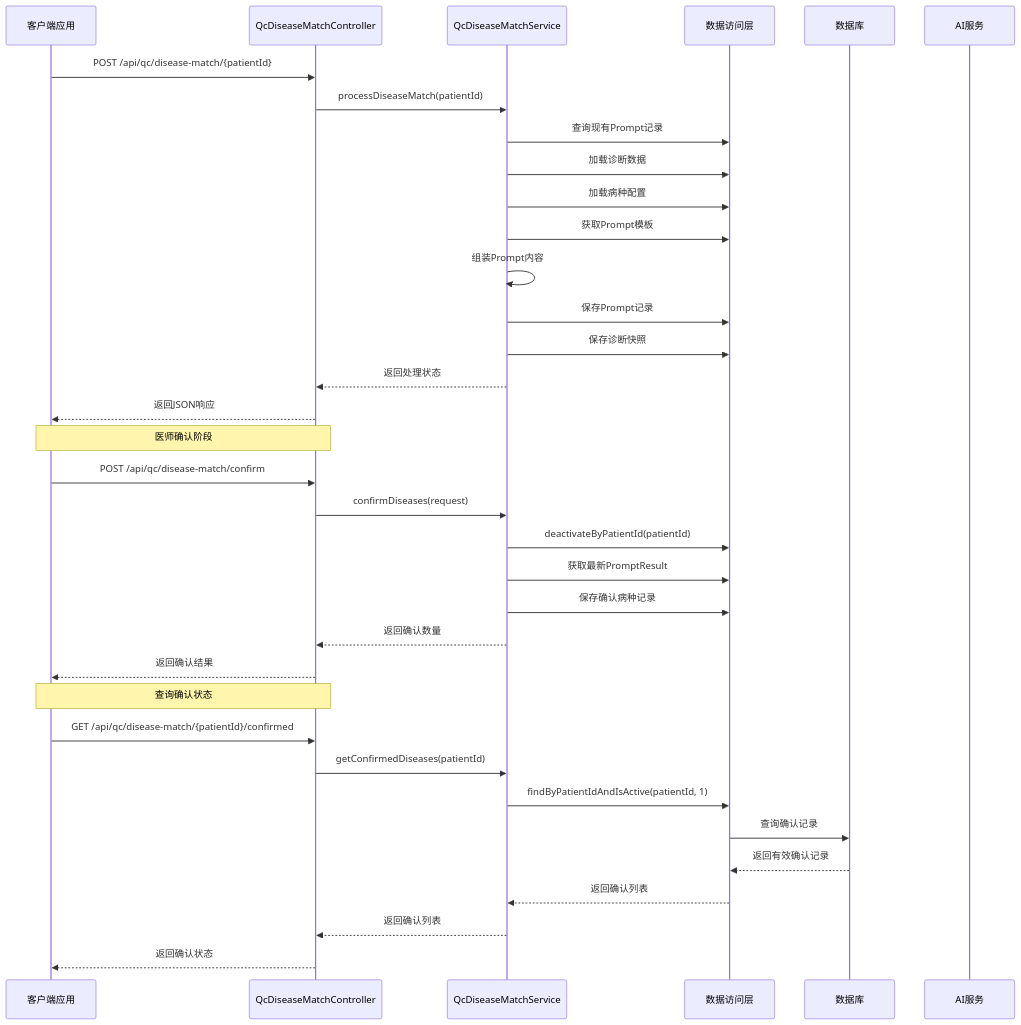
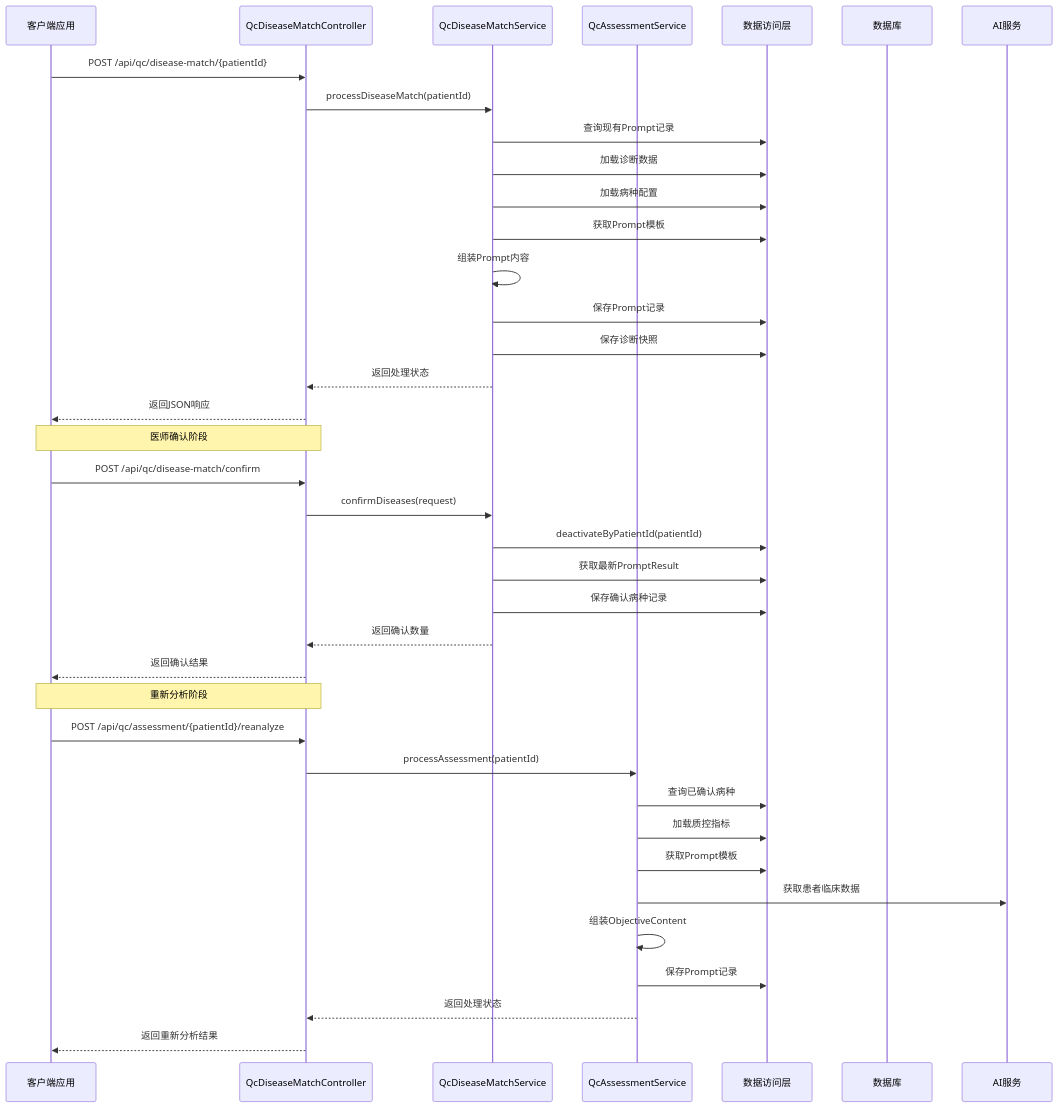
The second of 15 diagrams in .qoder/repowiki/zh/content/核心功能模块/质量控制系统.md (liuzh2008/med_ai_assistant_workspace), drawn with Mermaid before and after one commit. The commit also changed other lines of this file and 5 other files, not shown here.

````diff
--- a/.qoder/repowiki/zh/content/核心功能模块/质量控制系统.md
+++ b/.qoder/repowiki/zh/content/核心功能模块/质量控制系统.md
@@ -137,37 +151,40 @@
 ```mermaid
 sequenceDiagram
 participant Client as 客户端应用
 participant Controller as QcDiseaseMatchController
-participant Service as QcDiseaseMatchService
+participant DiseaseService as QcDiseaseMatchService
+participant AssessmentService as QcAssessmentService
 participant Repo as 数据访问层
 participant DB as 数据库
 participant AIServer as AI服务
 Client->>Controller : POST /api/qc/disease-match/{patientId}
-Controller->>Service : processDiseaseMatch(patientId)
-Service->>Repo : 查询现有Prompt记录
-Service->>Repo : 加载诊断数据
-Service->>Repo : 加载病种配置
-Service->>Repo : 获取Prompt模板
-Service->>Service : 组装Prompt内容
-Service->>Repo : 保存Prompt记录
-Service->>Repo : 保存诊断快照
-Service-->>Controller : 返回处理状态
+Controller->>DiseaseService : processDiseaseMatch(patientId)
+DiseaseService->>Repo : 查询现有Prompt记录
+DiseaseService->>Repo : 加载诊断数据
+DiseaseService->>Repo : 加载病种配置
+DiseaseService->>Repo : 获取Prompt模板
+DiseaseService->>DiseaseService : 组装Prompt内容
+DiseaseService->>Repo : 保存Prompt记录
+DiseaseService->>Repo : 保存诊断快照
+DiseaseService-->>Controller : 返回处理状态
 Controller-->>Client : 返回JSON响应
 Note over Client,Controller : 医师确认阶段
 Client->>Controller : POST /api/qc/disease-match/confirm
-Controller->>Service : confirmDiseases(request)
-Service->>Repo : deactivateByPatientId(patientId)
-Service->>Repo : 获取最新PromptResult
-Service->>Repo : 保存确认病种记录
-Service-->>Controller : 返回确认数量
+Controller->>DiseaseService : confirmDiseases(request)
+DiseaseService->>Repo : deactivateByPatientId(patientId)
+DiseaseService->>Repo : 获取最新PromptResult
+DiseaseService->>Repo : 保存确认病种记录
+DiseaseService-->>Controller : 返回确认数量
 Controller-->>Client : 返回确认结果
-Note over Client,Controller : 查询确认状态
-Client->>Controller : GET /api/qc/disease-match/{patientId}/confirmed
-Controller->>Service : getConfirmedDiseases(patientId)
-Service->>Repo : findByPatientIdAndIsActive(patientId, 1)
-Repo->>DB : 查询确认记录
-DB-->>Repo : 返回有效确认记录
-Repo-->>Service : 返回确认列表
-Service-->>Controller : 返回确认列表
-Controller-->>Client : 返回确认状态
+Note over Client,Controller : 重新分析阶段
+Client->>Controller : POST /api/qc/assessment/{patientId}/reanalyze
+Controller->>AssessmentService : processAssessment(patientId)
+AssessmentService->>Repo : 查询已确认病种
+AssessmentService->>Repo : 加载质控指标
+AssessmentService->>Repo : 获取Prompt模板
+AssessmentService->>AIServer : 获取患者临床数据
+AssessmentService->>AssessmentService : 组装ObjectiveContent
+AssessmentService->>Repo : 保存Prompt记录
+AssessmentService-->>Controller : 返回处理状态
+Controller-->>Client : 返回重新分析结果
 ```
````
